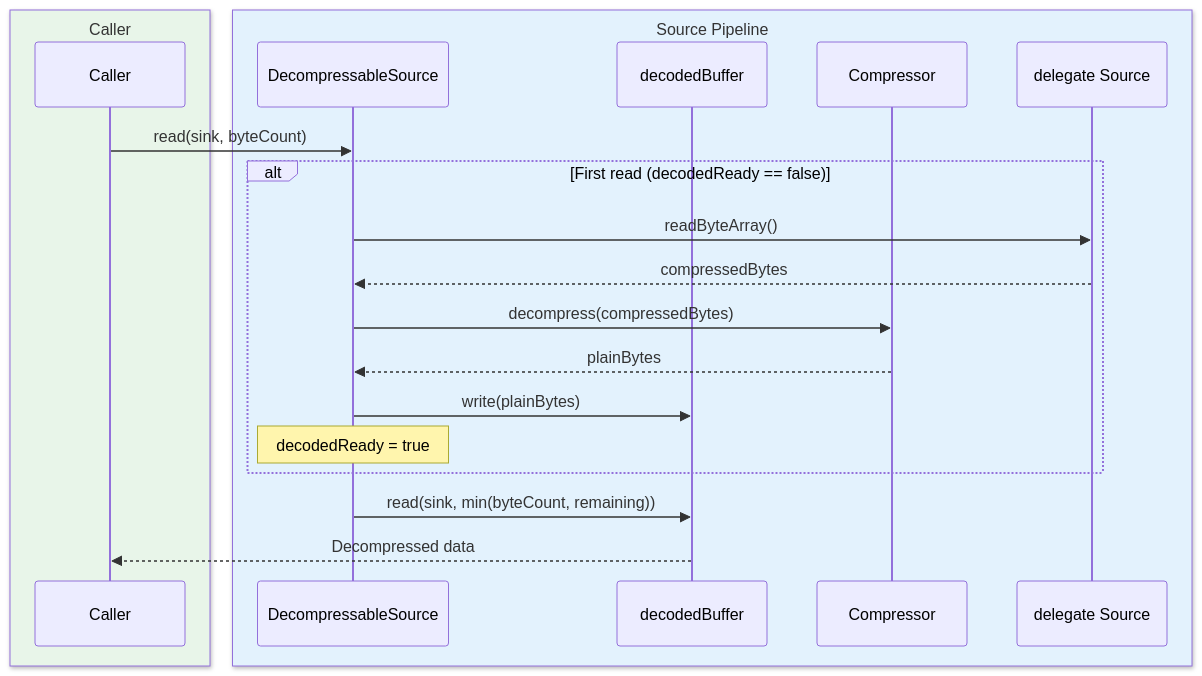
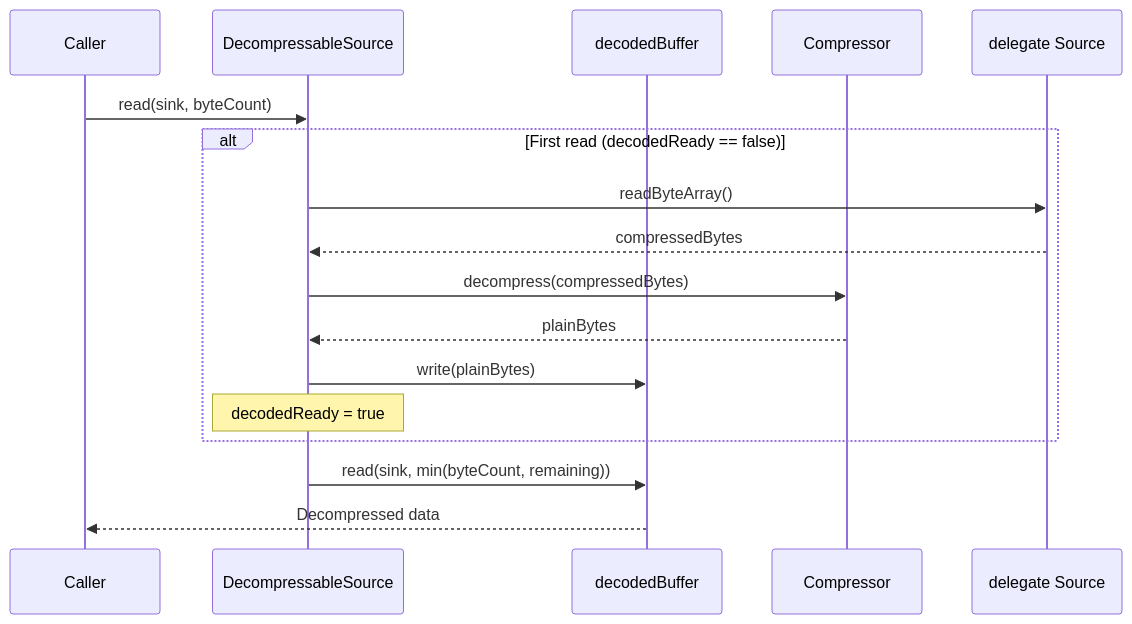
Before and after one commit to bluetape4k/bluetape4k-projects: the seventh of 9 diagrams in io/okio/README.md, drawn with Mermaid. The commit also changed other lines of this file and 219 other files, not shown here.

First line of the commit message:
docs: 전체 README Mermaid 다이어그램 가이드 적용

````diff
--- a/io/okio/README.md
+++ b/io/okio/README.md
@@ -646,24 +638,20 @@
 ```mermaid
 sequenceDiagram
-    box rgb(232, 245, 233) Caller
         participant C as Caller
-    end
-    box rgb(227, 242, 253) Source Pipeline
         participant DS as DecompressableSource
         participant DB as decodedBuffer
         participant Comp as Compressor
         participant D as delegate Source
-    end
 
     C->>DS: read(sink, byteCount)
     alt First read (decodedReady == false)
         DS->>D: readByteArray()
         D-->>DS: compressedBytes
         DS->>Comp: decompress(compressedBytes)
         Comp-->>DS: plainBytes
         DS->>DB: write(plainBytes)
         Note over DS: decodedReady = true
     end
     DS->>DB: read(sink, min(byteCount, remaining))
     DB-->>C: Decompressed data
 ```
````
